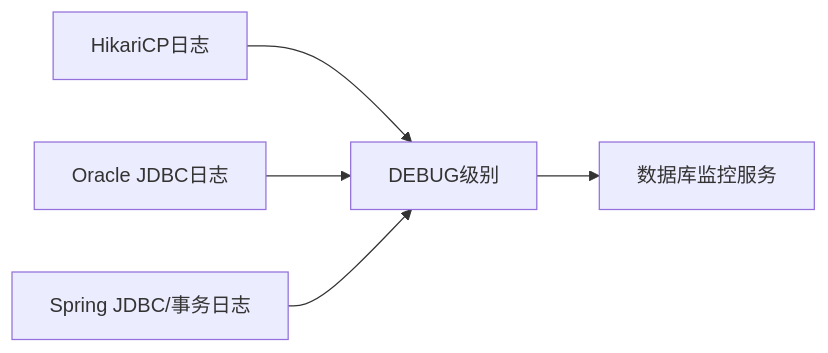
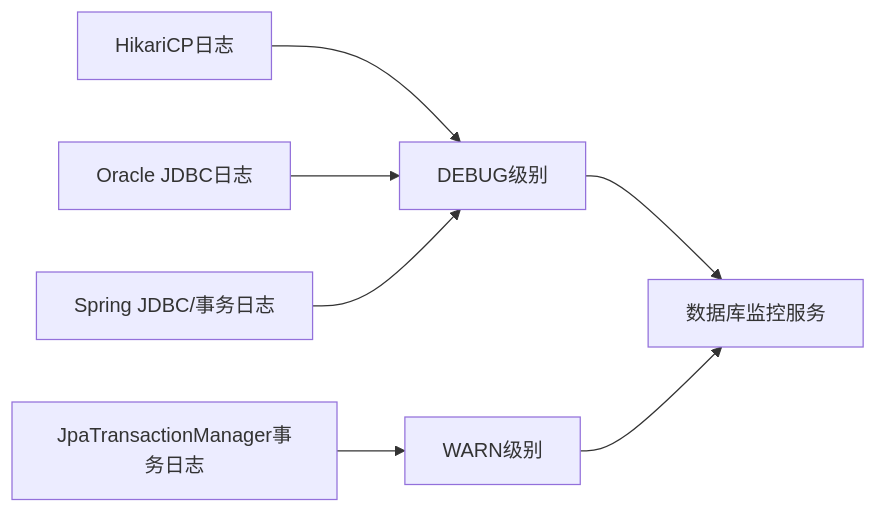
One commit to liuzh2008/med_ai_assistant_workspace changed the eighth of 12 diagrams in .qoder/repowiki/zh/content/监控运维/日志管理.md. Above: the diagram before and after it, drawn with Mermaid. The commit also changed other lines of this file and 3 other files, not shown here.

````diff
--- a/.qoder/repowiki/zh/content/监控运维/日志管理.md
+++ b/.qoder/repowiki/zh/content/监控运维/日志管理.md
@@ -242,7 +257,9 @@
 ```mermaid
 flowchart LR
 HIKARI["HikariCP日志"] --> DBG["DEBUG级别"]
 ORA["Oracle JDBC日志"] --> DBG
 SPRING["Spring JDBC/事务日志"] --> DBG
+JPA["JpaTransactionManager事务日志"] --> WARN["WARN级别"]
 DBG --> MON["数据库监控服务"]
+WARN --> MON
 ```
````
